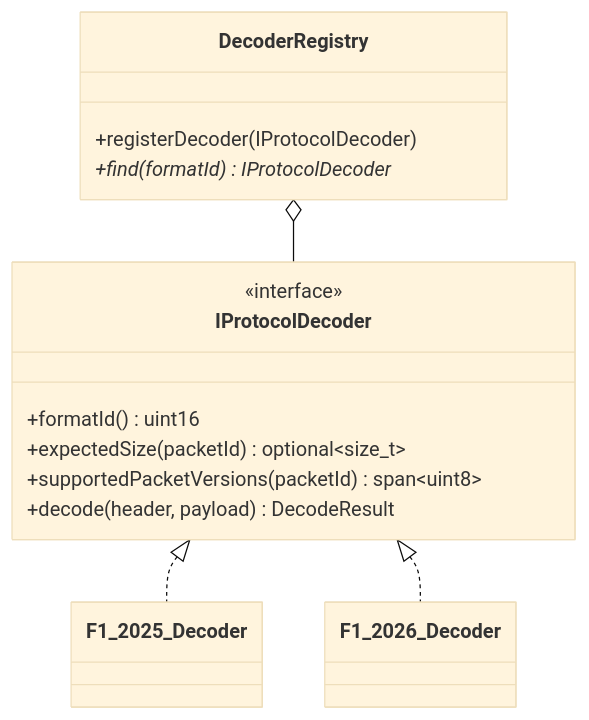
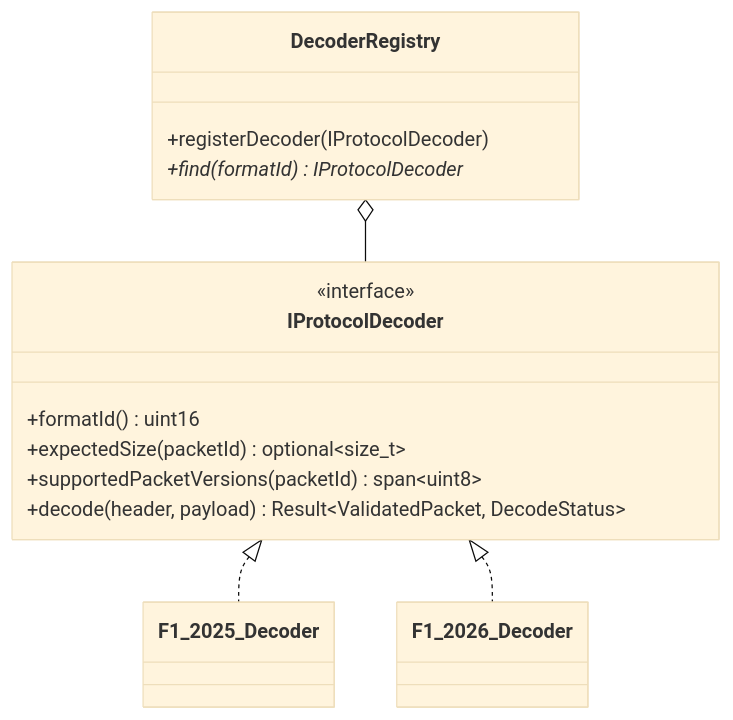
One commit to Luisbloom/pitwall changed the sixth of 13 diagrams in docs/01-REQUIREMENTS.md. Above: the diagram before and after it, drawn with Mermaid (base theme). The commit also changed other lines of this file and 15 other files, not shown here.

````diff
--- a/docs/01-REQUIREMENTS.md
+++ b/docs/01-REQUIREMENTS.md
@@ -1548,19 +1548,19 @@
 ```mermaid
 classDiagram
     class IProtocolDecoder {
         <<interface>>
         +formatId() uint16
         +expectedSize(packetId) optional~size_t~
         +supportedPacketVersions(packetId) span~uint8~
-        +decode(header, payload) DecodeResult
+        +decode(header, payload) Result~ValidatedPacket, DecodeStatus~
     }
     class F1_2025_Decoder
     class F1_2026_Decoder
     class DecoderRegistry {
         +registerDecoder(IProtocolDecoder)
         +find(formatId) IProtocolDecoder*
     }
     IProtocolDecoder <|.. F1_2025_Decoder
     IProtocolDecoder <|.. F1_2026_Decoder
     DecoderRegistry o-- IProtocolDecoder
 ```
````
